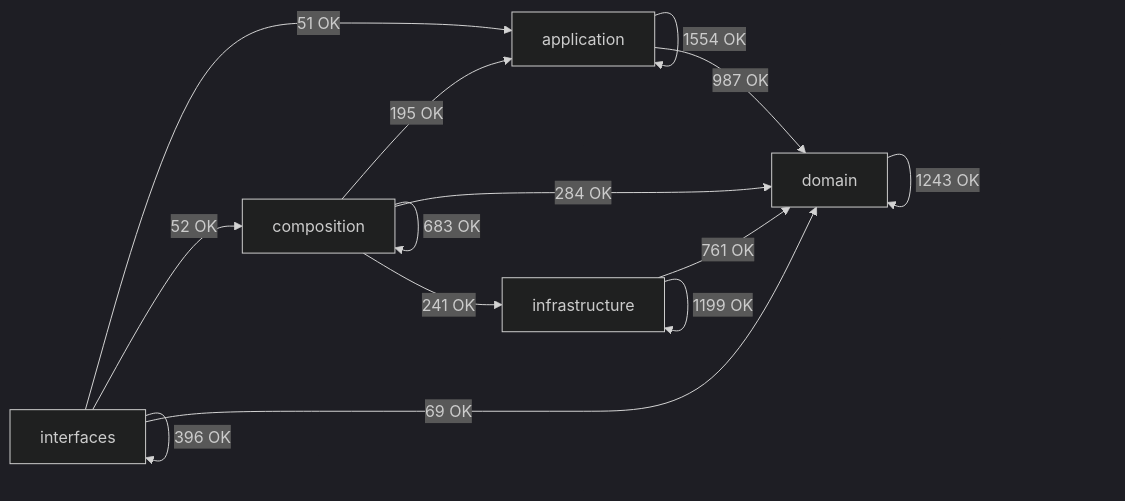
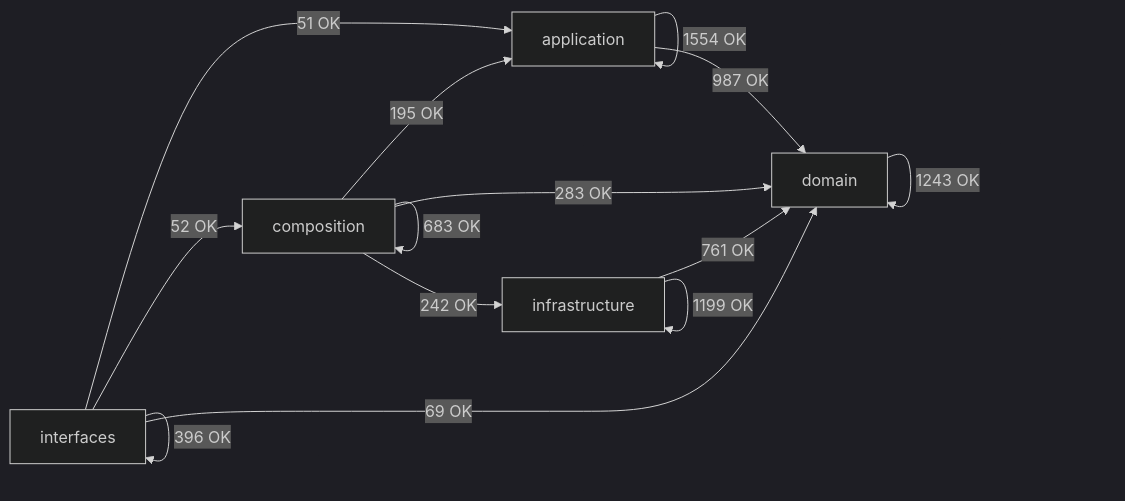
One commit to SatoryKono/BioactivityDataAcquisition changed the diagram in docs/02-architecture/generated/module-dependency-map.md. Above: the diagram before and after it, drawn with Mermaid (dark theme). The commit also changed other lines of this file and 97 other files, not shown here.

````diff
--- a/docs/02-architecture/generated/module-dependency-map.md
+++ b/docs/02-architecture/generated/module-dependency-map.md
@@ -17,21 +17,21 @@
 ```mermaid
 flowchart LR
     domain[domain]
     application[application]
     infrastructure[infrastructure]
     composition[composition]
     interfaces[interfaces]
     application -->|1554 OK| application
     application -->|987 OK| domain
     composition -->|195 OK| application
     composition -->|683 OK| composition
-    composition -->|284 OK| domain
-    composition -->|241 OK| infrastructure
+    composition -->|283 OK| domain
+    composition -->|242 OK| infrastructure
     domain -->|1243 OK| domain
     infrastructure -->|761 OK| domain
     infrastructure -->|1199 OK| infrastructure
     interfaces -->|51 OK| application
     interfaces -->|52 OK| composition
     interfaces -->|69 OK| domain
     interfaces -->|396 OK| interfaces
 ```
````
